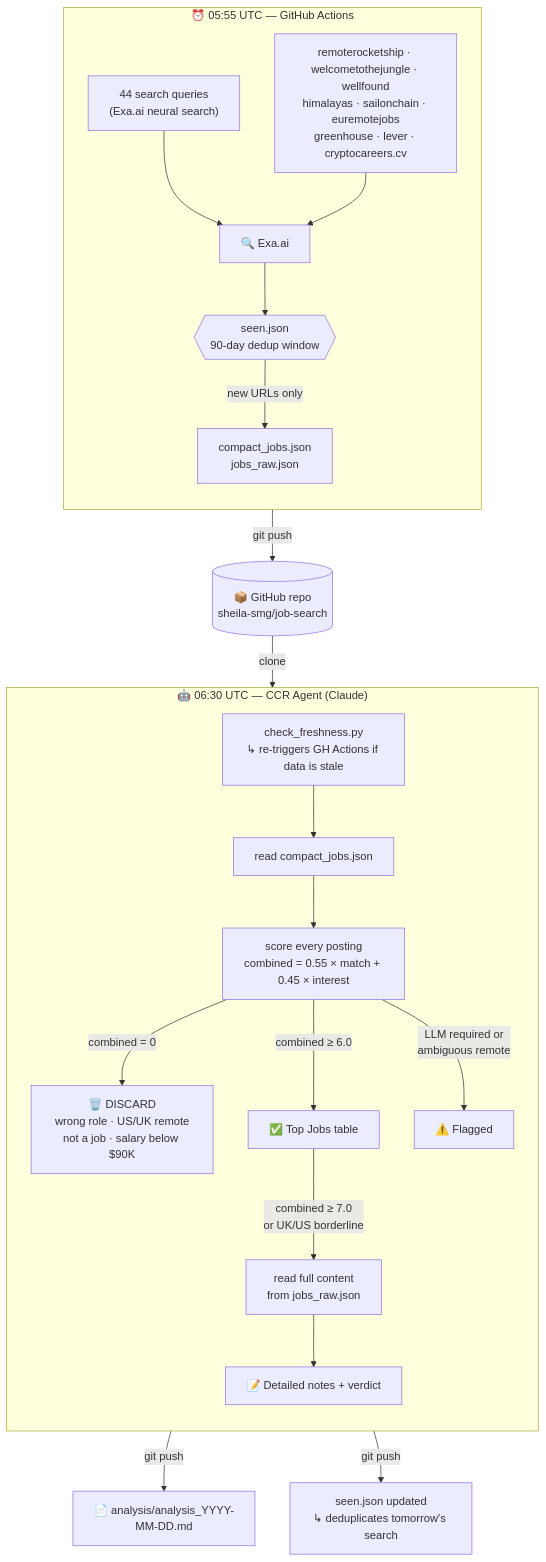
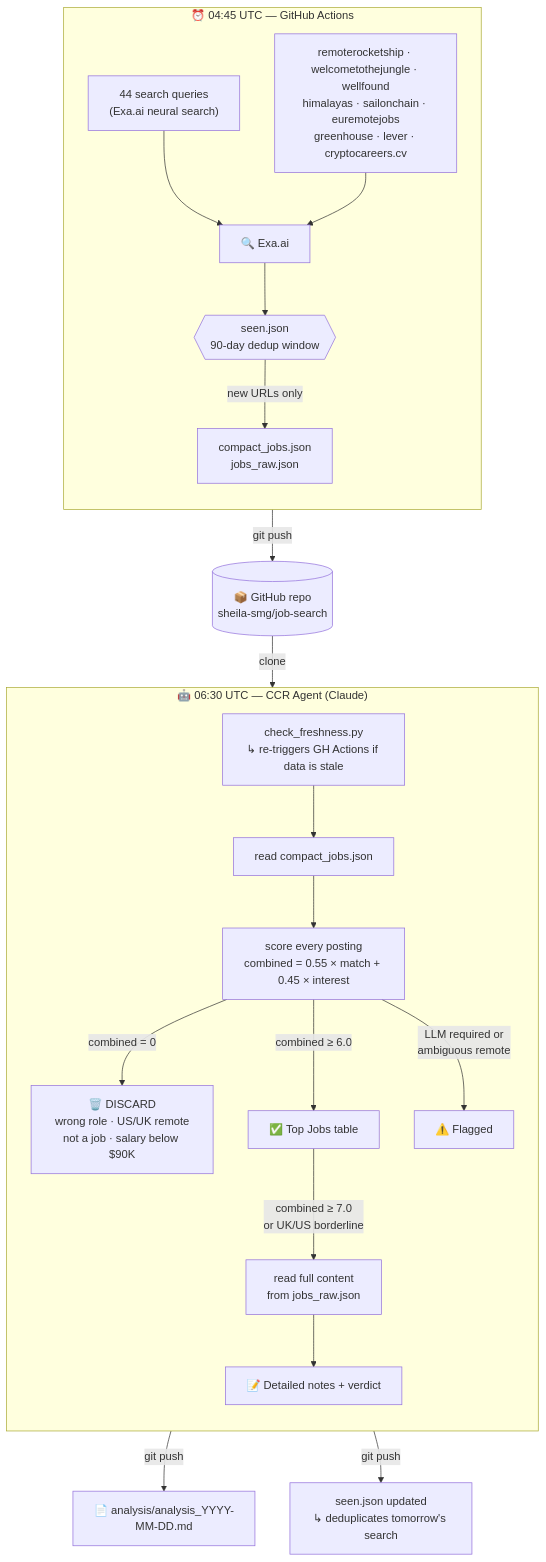
The diagram in WORKFLOW.md (sheila-smg/job-search), drawn with Mermaid before and after one commit. The commit also changed other lines of this file and 3 other files, not shown here.

First line of the commit message:
Move daily analysis from broken CCR routine to GitHub Actions

````diff
--- a/WORKFLOW.md
+++ b/WORKFLOW.md
@@ -11,28 +11,28 @@
 ```mermaid
 flowchart TD
-    subgraph GHA["⏰ 05:55 UTC — GitHub Actions"]
+    subgraph GHA["⏰ 04:45 UTC — GitHub Actions"]
         direction TB
         Q["44 search queries\n(Exa.ai neural search)"]
         BOARDS["remoterocketship · welcometothejungle · wellfound\nhimalayas · sailonchain · euremotejobs\ngreenhouse · lever · cryptocareers.cv"]
         Q & BOARDS --> EXA["🔍 Exa.ai"]
         EXA --> DEDUP{{"seen.json\n90-day dedup window"}}
         DEDUP -->|new URLs only| FILES["compact_jobs.json\njobs_raw.json"]
     end
 
     subgraph CCR["🤖 06:30 UTC — CCR Agent  (Claude)"]
         direction TB
         FRESH["check_freshness.py\n↳ re-triggers GH Actions if data is stale"]
         FRESH --> READ["read compact_jobs.json"]
         READ --> SCORE["score every posting\ncombined = 0.55 × match + 0.45 × interest"]
         SCORE -->|"combined = 0"| DISC["🗑️ DISCARD\nwrong role · US/UK remote\nnot a job · salary below $90K"]
         SCORE -->|"combined ≥ 6.0"| TOP["✅ Top Jobs table"]
         SCORE -->|"LLM required or\nambiguous remote"| FLAG["⚠️ Flagged"]
         TOP -->|"combined ≥ 7.0\nor UK/US borderline"| FULL["read full content\nfrom jobs_raw.json"]
         FULL --> NOTES["📝 Detailed notes + verdict"]
     end
 
     GHA -->|git push| REPO[("📦 GitHub repo\nsheila-smg/job-search")]
     REPO -->|clone| CCR
     CCR -->|git push| OUT["📄 analysis/analysis_YYYY-MM-DD.md"]
     CCR -->|git push| SEENUP["seen.json updated\n↳ deduplicates tomorrow's search"]
 ```
````
